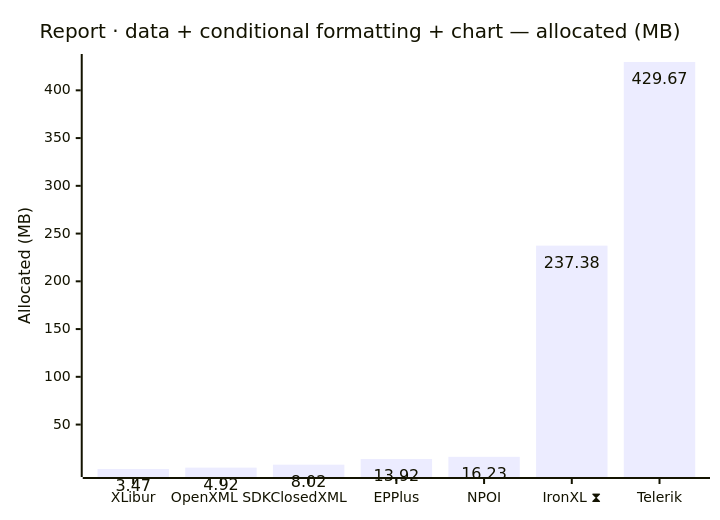
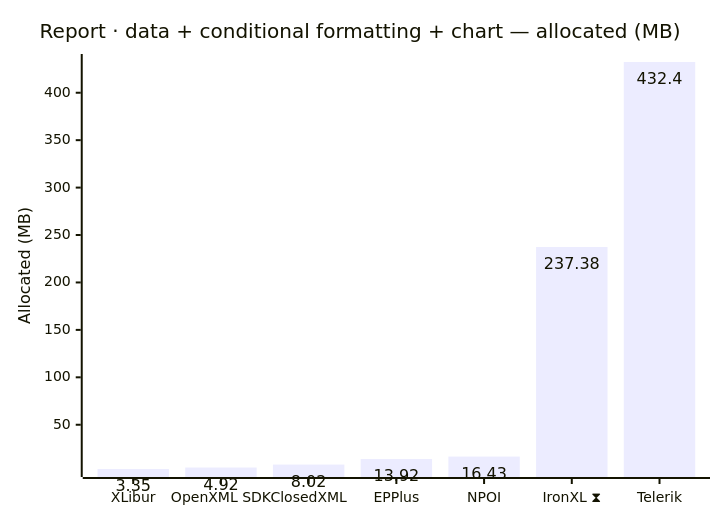
The eighth of 12 diagrams in docs/results.md (jafin/XLBench), drawn with Mermaid before and after one commit. The commit also changed other lines of this file and 4 other files, not shown here.

````diff
--- a/docs/results.md
+++ b/docs/results.md
@@ -131,12 +131,12 @@
 ```mermaid
 ---
 config:
   xyChart:
     showDataLabel: true
 ---
 xychart-beta
     title "Report · data + conditional formatting + chart — allocated (MB)"
     x-axis ["XLibur", "OpenXML SDK", "ClosedXML", "EPPlus", "NPOI", "IronXL ⧗", "Telerik"]
     y-axis "Allocated (MB)"
-    bar [3.47, 4.92, 8.02, 13.92, 16.23, 237.38, 429.67]
+    bar [3.35, 4.92, 8.02, 13.92, 16.43, 237.38, 432.4]
 ```
````
